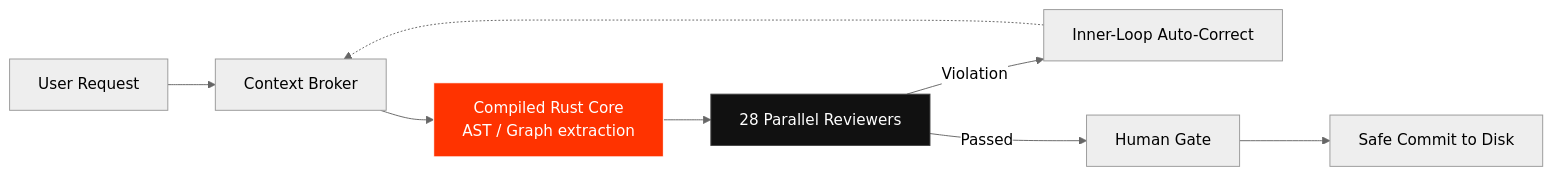
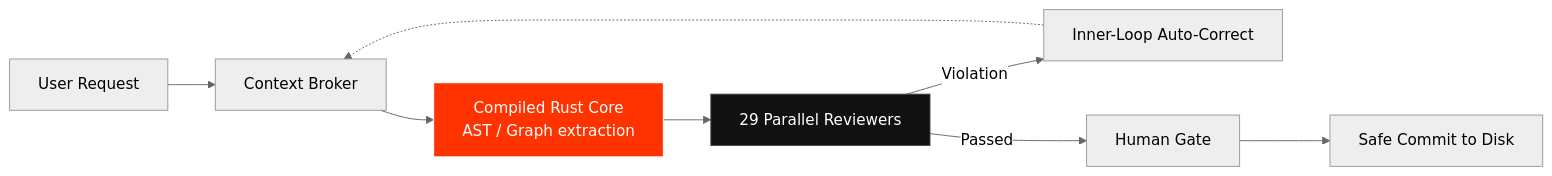
The diagram in README.md (Harmitx7/tribunal-kit), drawn with Mermaid (neutral theme) before and after one commit. The commit also changed other lines of this file and 3 other files, not shown here.

````diff
--- a/README.md
+++ b/README.md
@@ -69,13 +72,13 @@
 ```mermaid
 graph LR
     A[User Request] --> B[Context Broker]
     B --> C[Compiled Rust Core<br/>AST / Graph extraction]
-    C --> D[28 Parallel Reviewers]
+    C --> D[29 Parallel Reviewers]
     D -->|Violation| E[Inner-Loop Auto-Correct]
     E -.-> B
     D -->|Passed| F[Human Gate]
     F --> G[Safe Commit to Disk]
 
     style C fill:#ff3300,stroke:#fff,stroke-width:1px,color:#fff
     style D fill:#111,stroke:#444,stroke-width:1px,color:#fff
 ```
````
